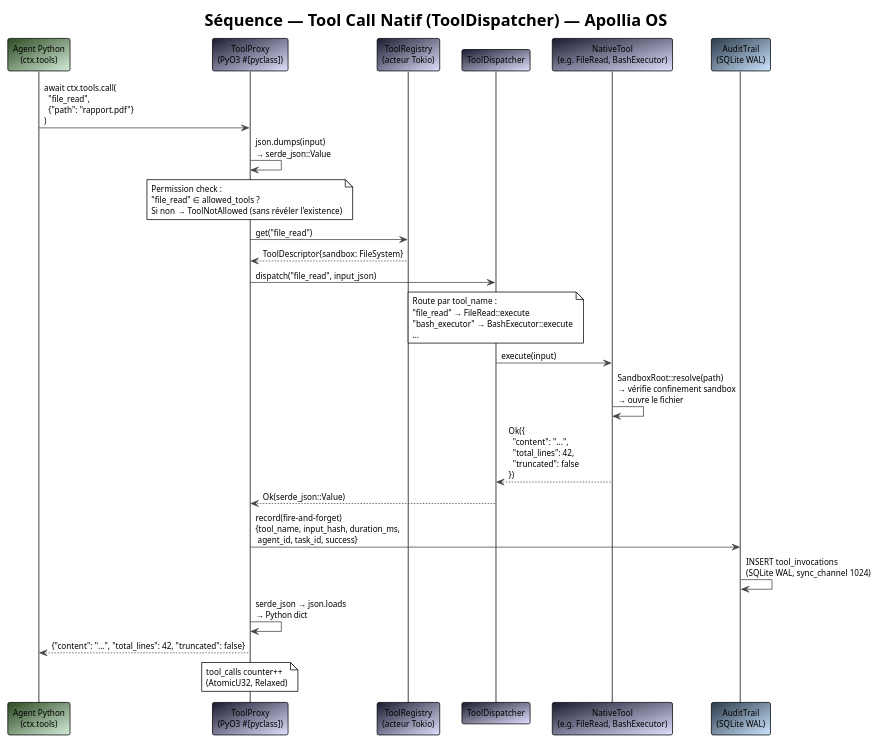
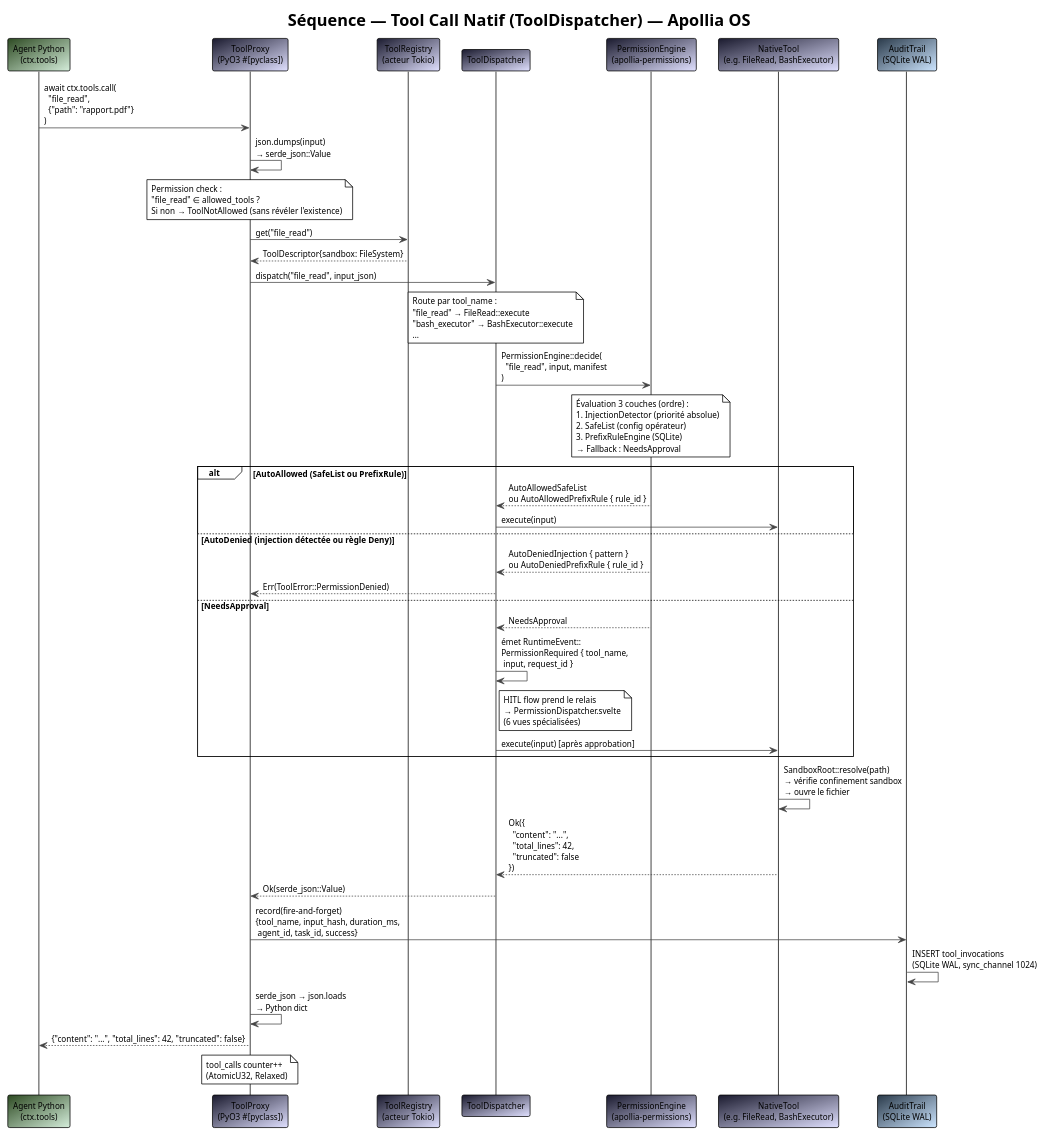
The diagram in docs/diagrams/seq-tool-call-native.puml (nidal-z/apollia-os), drawn with PlantUML before and after one commit. The commit also changed 26 other files, not shown here.

First line of the commit message:
feat(sprint): update current sprint status and add new documentation for permissions engine

```diff
--- a/docs/diagrams/seq-tool-call-native.puml
+++ b/docs/diagrams/seq-tool-call-native.puml
@@ -1,61 +1,87 @@
 @startuml seq-tool-call-native
 !theme plain
 skinparam backgroundColor #FFFFFF
 skinparam defaultFontName "JetBrains Mono"
 skinparam defaultFontSize 11
 skinparam ArrowColor #444444
 skinparam BorderColor #444444
 
 title Séquence — Tool Call Natif (ToolDispatcher) — Apollia OS
 
 participant "Agent Python\n(ctx.tools)" as agent #2d4a22/d4edda
 participant "ToolProxy\n(PyO3 #[pyclass])" as proxy #1a1a2e/e0e0ff
 participant "ToolRegistry\n(acteur Tokio)" as reg #1a1a2e/e0e0ff
 participant "ToolDispatcher" as dispatcher #1a1a2e/e0e0ff
+participant "PermissionEngine\n(apollia-permissions)" as perms #1a1a2e/e0e0ff
 participant "NativeTool\n(e.g. FileRead, BashExecutor)" as tool #1a1a2e/e0e0ff
 participant "AuditTrail\n(SQLite WAL)" as audit #2a3a4a/cce5ff
 
 agent -> proxy : await ctx.tools.call(\n  "file_read",\n  {"path": "rapport.pdf"}\n)
 
 proxy -> proxy : json.dumps(input)\n→ serde_json::Value
 
 note over proxy
   Permission check :
   "file_read" ∈ allowed_tools ?
   Si non → ToolNotAllowed (sans révéler l'existence)
 end note
 
 proxy -> reg : get("file_read")
 reg --> proxy : ToolDescriptor{sandbox: FileSystem}
 
 proxy -> dispatcher : dispatch("file_read", input_json)
 
 note over dispatcher
   Route par tool_name :
   "file_read" → FileRead::execute
   "bash_executor" → BashExecutor::execute
   …
 end note
 
-dispatcher -> tool : execute(input)
+dispatcher -> perms : PermissionEngine::decide(\n  "file_read", input, manifest\n)
+
+note over perms
+  Évaluation 3 couches (ordre) :
+  1. InjectionDetector (priorité absolue)
+  2. SafeList (config opérateur)
+  3. PrefixRuleEngine (SQLite)
+  → Fallback : NeedsApproval
+end note
+
+alt AutoAllowed (SafeList ou PrefixRule)
+  perms --> dispatcher : AutoAllowedSafeList\nou AutoAllowedPrefixRule { rule_id }
+  dispatcher -> tool : execute(input)
+else AutoDenied (injection détectée ou règle Deny)
+  perms --> dispatcher : AutoDeniedInjection { pattern }\nou AutoDeniedPrefixRule { rule_id }
+  dispatcher --> proxy : Err(ToolError::PermissionDenied)
+else NeedsApproval
+  perms --> dispatcher : NeedsApproval
+  dispatcher -> dispatcher : émet RuntimeEvent::\nPermissionRequired { tool_name,\n input, request_id }
+  note right of dispatcher
+    HITL flow prend le relais
+    → PermissionDispatcher.svelte
+    (6 vues spécialisées)
+  end note
+  dispatcher -> tool : execute(input) [après approbation]
+end
 
 tool -> tool : SandboxRoot::resolve(path)\n→ vérifie confinement sandbox\n→ ouvre le fichier
 
 tool --> dispatcher : Ok({\n  "content": "...",\n  "total_lines": 42,\n  "truncated": false\n})
 
 dispatcher --> proxy : Ok(serde_json::Value)
 
 proxy -> audit : record(fire-and-forget)\n{tool_name, input_hash, duration_ms,\n agent_id, task_id, success}
 
 audit -> audit : INSERT tool_invocations\n(SQLite WAL, sync_channel 1024)
 
 proxy -> proxy : serde_json → json.loads\n→ Python dict
 
 proxy --> agent : {"content": "...", "total_lines": 42, "truncated": false}
 
 note over proxy
   tool_calls counter++
   (AtomicU32, Relaxed)
 end note
 
 @enduml
```
